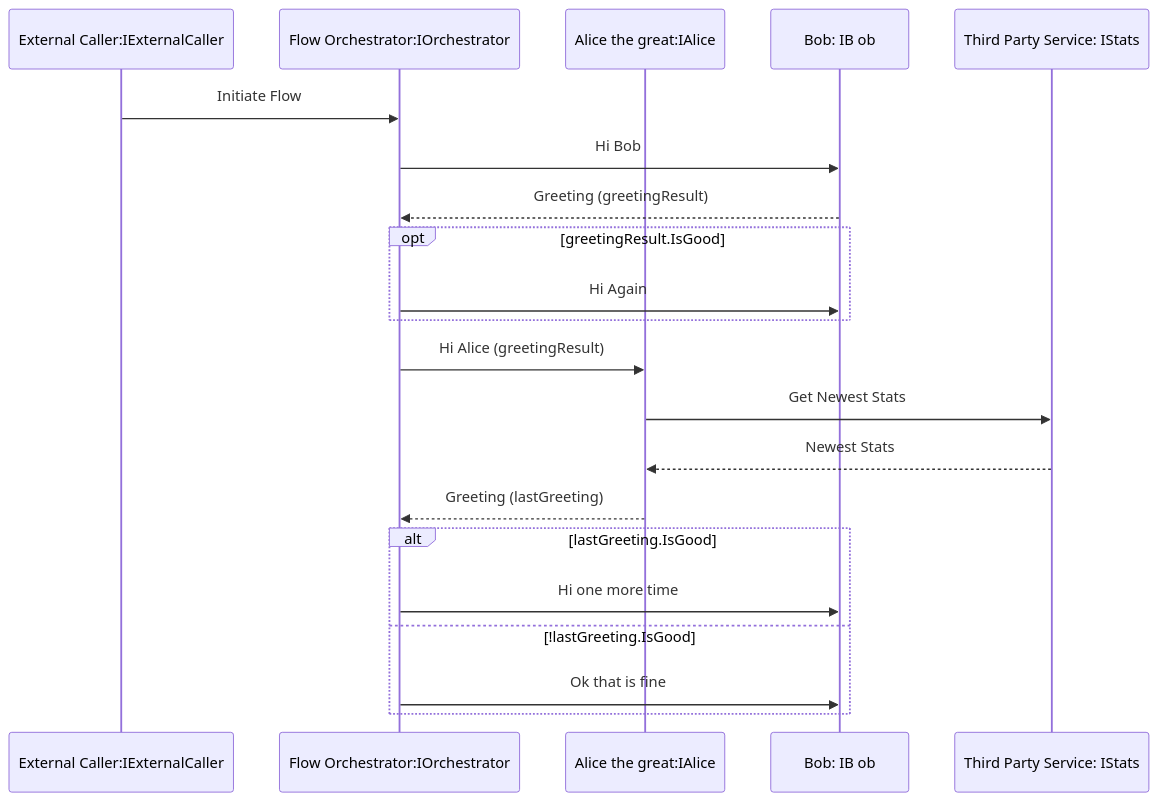
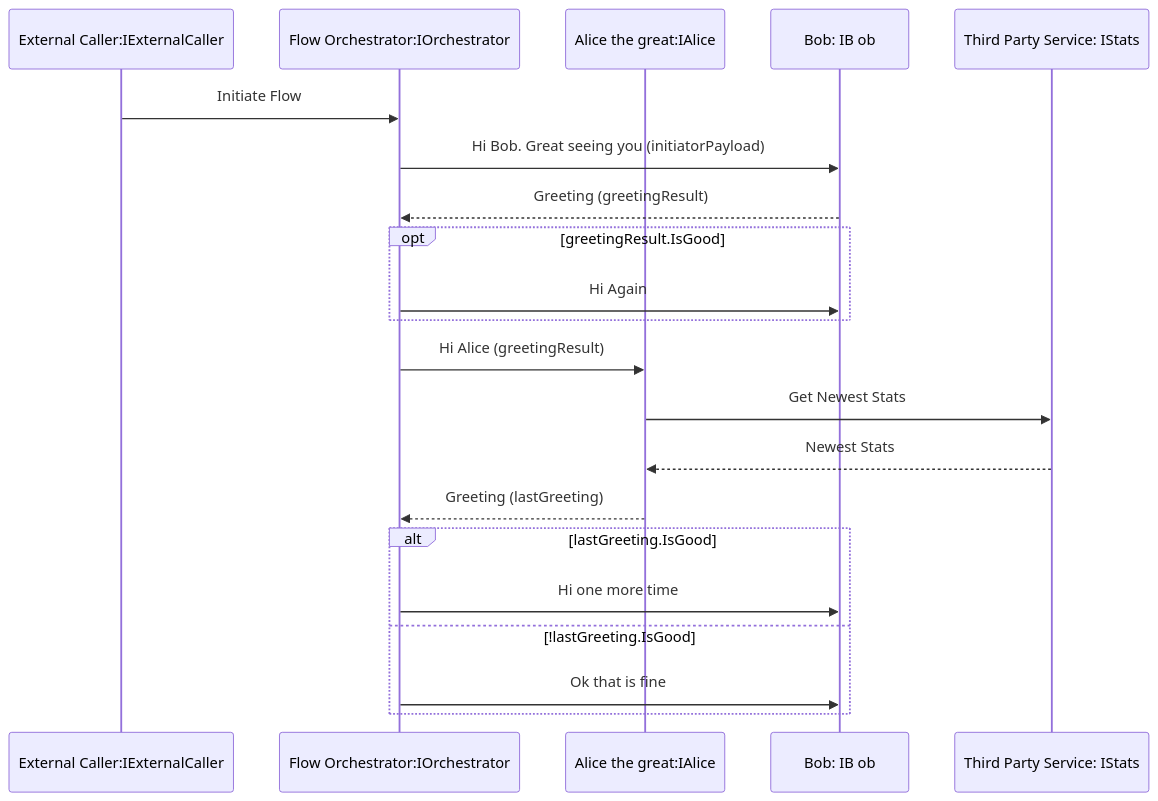
One commit to TheJuanitoLearnsShow/PuppyGeneratorFromDiagrams changed the diagram in src/SequenceSourceGenerator/Puppy.SequenceSourceGenerator/Puppy.SequenceSourceGenerator.Tests/sample-flow.md. Above: the diagram before and after it, drawn with Mermaid. The commit also changed 11 other files, not shown here.

Commit message:
initial parameter for flow

````diff
--- a/src/SequenceSourceGenerator/Puppy.SequenceSourceGenerator/Puppy.SequenceSourceGenerator.Tests/sample-flow.md
+++ b/src/SequenceSourceGenerator/Puppy.SequenceSourceGenerator/Puppy.SequenceSourceGenerator.Tests/sample-flow.md
@@ -2,23 +2,23 @@
 ```mermaid
 sequenceDiagram
     participant api as External Caller:IExternalCaller
     participant o as Flow Orchestrator:IOrchestrator
     participant a as Alice the great:IAlice
     participant b as Bob: IB ob
     participant t as Third Party Service: IStats
     api->>o: Initiate Flow
-    o->>b: Hi Bob
+    o->>b: Hi Bob. Great seeing you (initiatorPayload)
     b-->>o: Greeting (greetingResult)
     opt greetingResult.IsGood
         o->>b: Hi Again
     end
     o->>a: Hi Alice (greetingResult)
     a->>t: Get Newest Stats
     t-->>a: Newest Stats
     a-->>o: Greeting (lastGreeting)
     alt lastGreeting.IsGood
         o->>b: Hi one more time
     else !lastGreeting.IsGood
         o->>b: Ok that is fine
     end
 ```
````
